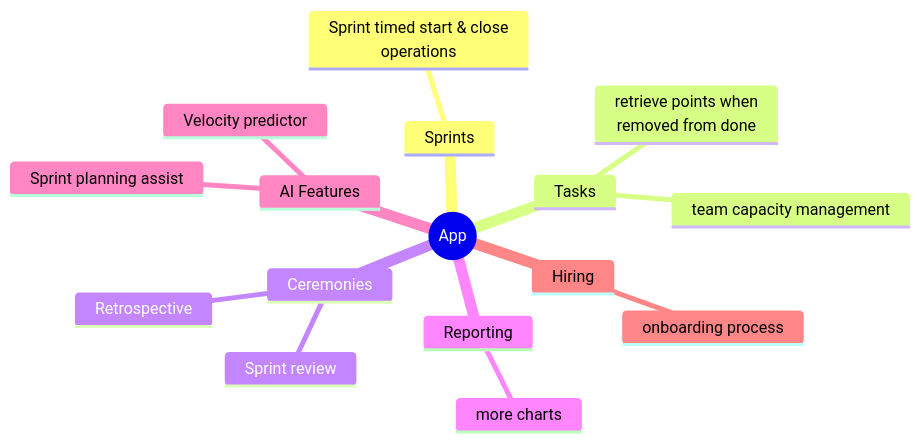
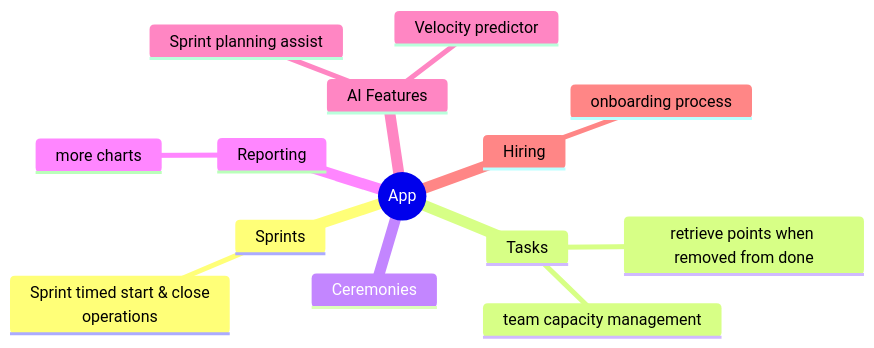
One commit to moad-cher/PFE changed the diagram in README.md. Above: the diagram before and after it, drawn with Mermaid. The commit also changed 6 other files, not shown here.

````diff
--- a/README.md
+++ b/README.md
@@ -97,29 +97,28 @@
 ```mermaid
 mindmap
   root((App))
     Sprints
       %% Sprint state machine
       %% Incomplete stories
       Sprint timed start & close <br> operations
     Tasks
-      retrieve points when <br> removed from done
+      retrieve points when removed from done
       team capacity management
       %% State machine
       %% Assignee
       %% Done definition
     Ceremonies
       %% Sprint planning
-      Sprint review
-      Retrospective
+      %% Retrospective
     Reporting
       more charts
       %% team workload
       %% Burndown chart
       %% Velocity history
     AI Features
       Sprint planning assist
       Velocity predictor
       %% Assignee suggester
     Hiring
       onboarding process
 ```
````
